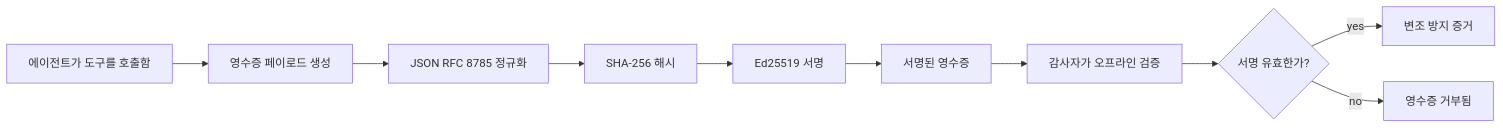
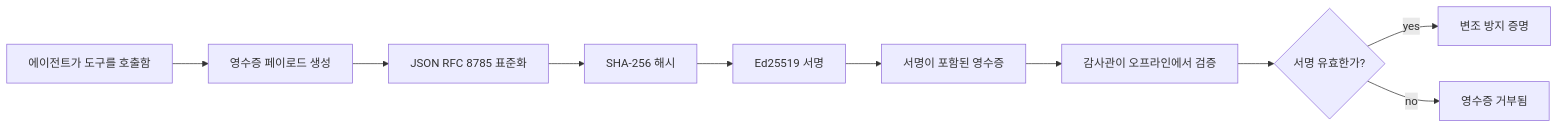
One commit to gabrielmoreira/agent-skills-mirror changed the first of 2 diagrams in mirrors/repos/microsoft@ai-agents-for-beginners/translations/ko/18-securing-ai-agents/README.md. Above: the diagram before and after it, drawn with Mermaid. The commit also changed other lines of this file and 8886 other files, not shown here.

````diff
--- a/mirrors/repos/microsoft@ai-agents-for-beginners/translations/ko/18-securing-ai-agents/README.md
+++ b/mirrors/repos/microsoft@ai-agents-for-beginners/translations/ko/18-securing-ai-agents/README.md
@@ -51,12 +51,12 @@
 ```mermaid
 flowchart LR
     A[에이전트가 도구를 호출함] --> B[영수증 페이로드 생성]
-    B --> C[JSON RFC 8785 정규화]
+    B --> C[JSON RFC 8785 표준화]
     C --> D[SHA-256 해시]
     D --> E[Ed25519 서명]
-    E --> F[서명된 영수증]
-    F --> G[감사자가 오프라인 검증]
+    E --> F[서명이 포함된 영수증]
+    F --> G[감사관이 오프라인에서 검증]
     G --> H{서명 유효한가?}
-    H -- yes --> I[변조 방지 증거]
+    H -- yes --> I[변조 방지 증명]
     H -- no --> J[영수증 거부됨]
 ```
````
